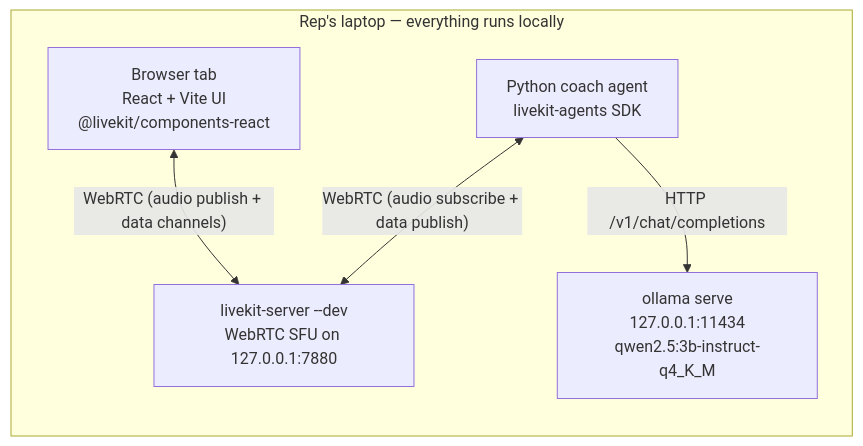
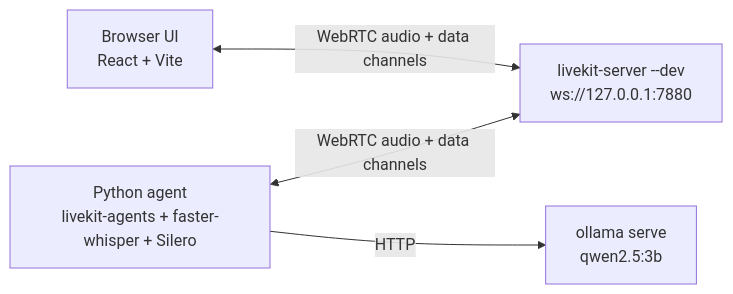
Before and after one commit to Akash1684/customer-service-ai-coach: the diagram in docs/planning/design/detailed-design.md, drawn with Mermaid. The commit also changed other lines of this file, not shown here.

````diff
--- a/docs/planning/design/detailed-design.md
+++ b/docs/planning/design/detailed-design.md
@@ -87,14 +32,11 @@
 ```mermaid
-flowchart TB
-    subgraph Laptop["Rep's laptop — everything runs locally"]
-        direction TB
-        Browser["Browser tab<br/>React + Vite UI<br/>@livekit/components-react"]
-        LK["livekit-server --dev<br/>WebRTC SFU on 127.0.0.1:7880"]
-        Agent["Python coach agent<br/>livekit-agents SDK"]
-        Ollama["ollama serve<br/>127.0.0.1:11434<br/>qwen2.5:3b-instruct-q4_K_M"]
-    end
+flowchart LR
+  Browser["Browser UI<br/>React + Vite"]
+  LK["livekit-server --dev<br/>ws://127.0.0.1:7880"]
+  Agent["Python agent<br/>livekit-agents + faster-whisper + Silero"]
+  Ollama["ollama serve<br/>qwen2.5:3b"]
 
-    Browser <-->|"WebRTC (audio publish + data channels)"| LK
-    Agent <-->|"WebRTC (audio subscribe + data publish)"| LK
-    Agent -->|"HTTP /v1/chat/completions"| Ollama
+  Browser <-->|WebRTC audio + data channels| LK
+  Agent   <-->|WebRTC audio + data channels| LK
+  Agent    -->|HTTP| Ollama
 ```
````
